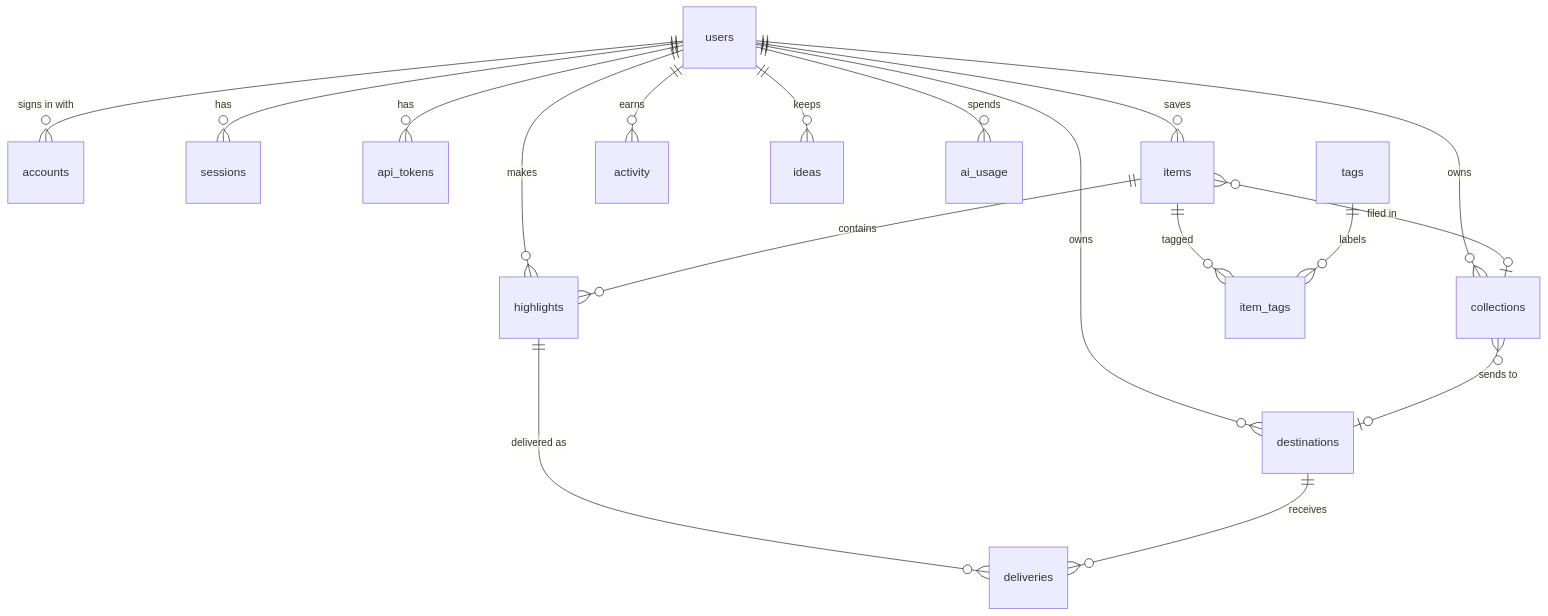
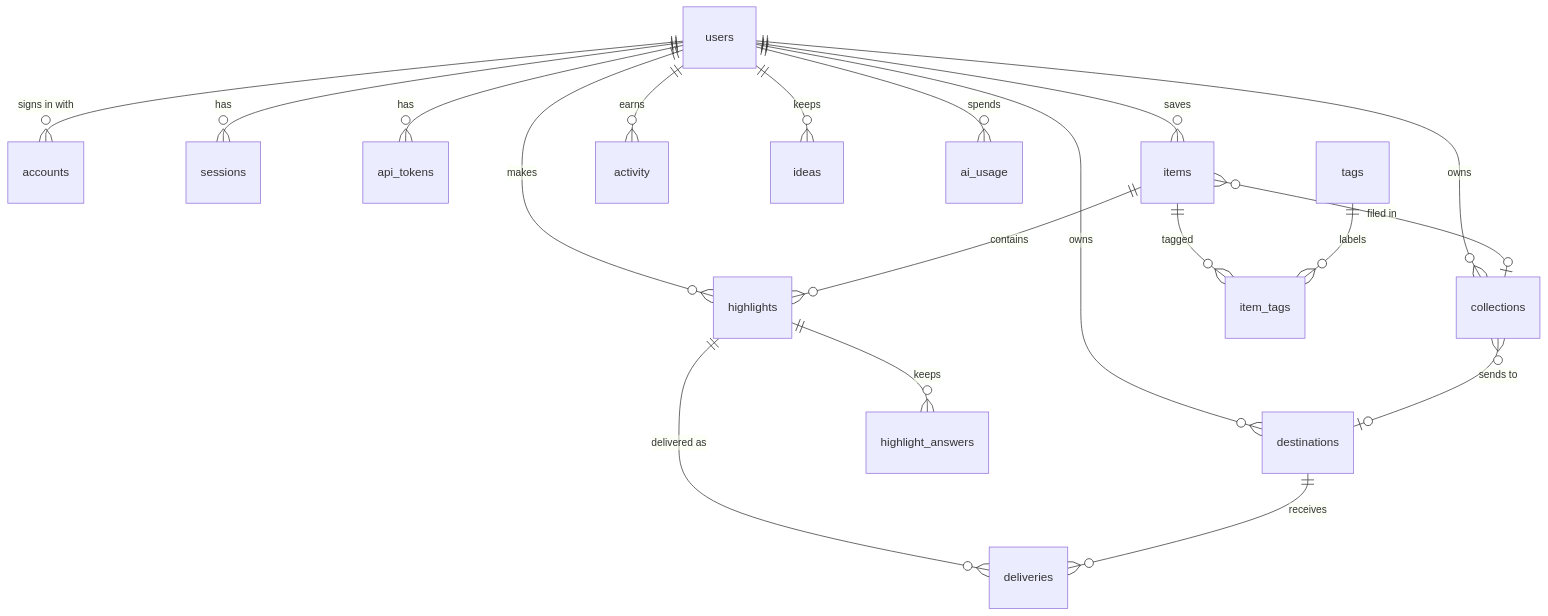
Before and after one commit to brgv-code/lumen: the diagram in docs/DATA_MODEL.md, drawn with Mermaid. The commit also changed other lines of this file and 8 other files, not shown here.

First line of the commit message:
feat(api): keep margin answers on highlights

````diff
--- a/docs/DATA_MODEL.md
+++ b/docs/DATA_MODEL.md
@@ -3,20 +3,21 @@
 ```mermaid
 erDiagram
   users ||--o{ accounts : "signs in with"
   users ||--o{ sessions : has
   users ||--o{ api_tokens : has
   users ||--o{ items : saves
   users ||--o{ collections : owns
   users ||--o{ destinations : owns
   users ||--o{ highlights : makes
   users ||--o{ activity : earns
   users ||--o{ ideas : keeps
   users ||--o{ ai_usage : spends
   collections }o--o| destinations : "sends to"
   items }o--o| collections : "filed in"
   items ||--o{ highlights : contains
   items ||--o{ item_tags : tagged
   tags ||--o{ item_tags : labels
   highlights ||--o{ deliveries : "delivered as"
+  highlights ||--o{ highlight_answers : keeps
   destinations ||--o{ deliveries : receives
 ```
````
